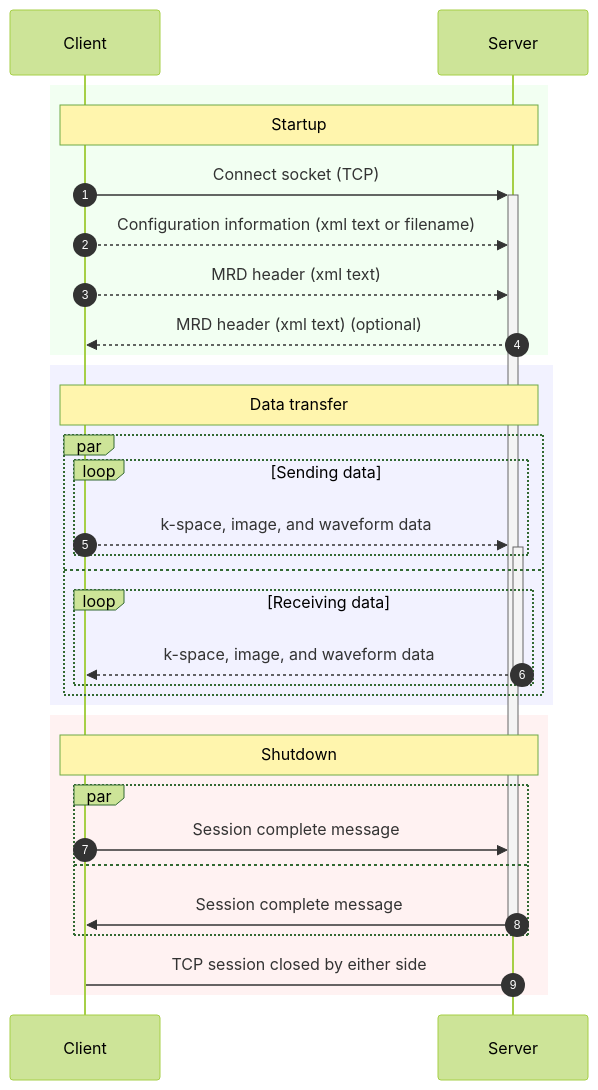
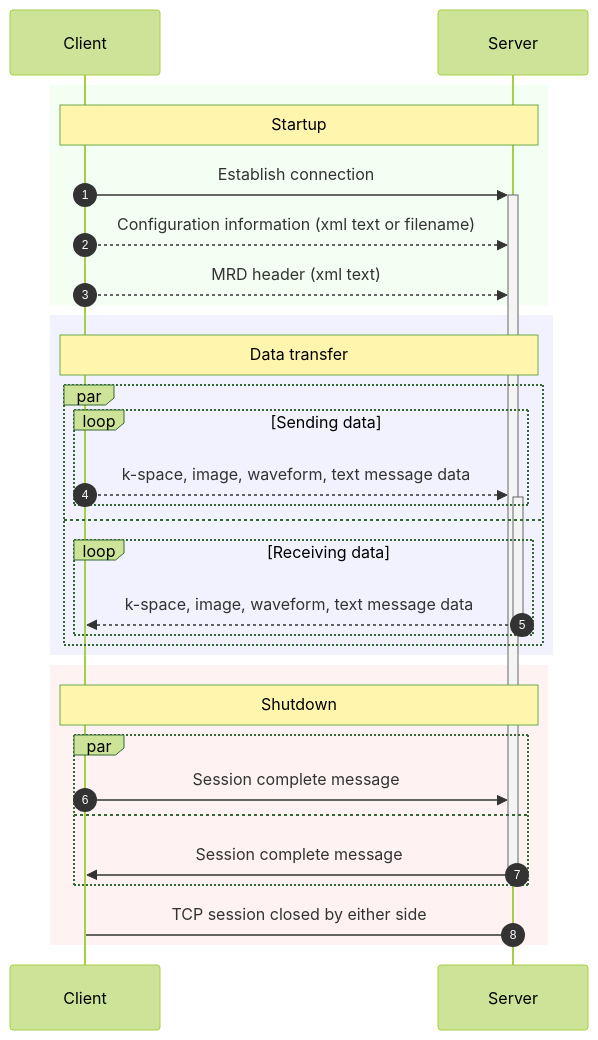
The diagram in doc/mrd_streaming_protocol.md (ismrmrd/ismrmrd), drawn with Mermaid (forest theme) before and after one commit. The commit also changed other lines of this file, not shown here.

Commit message:
Update streaming protocol to remove config echoing and make numbering consistent with diagram

````diff
--- a/doc/mrd_streaming_protocol.md
+++ b/doc/mrd_streaming_protocol.md
@@ -20,35 +18,34 @@
 ```{mermaid}
 
 sequenceDiagram
     autonumber
     rect rgba(0, 255, 0, 0.05)
         Note over Client,Server: Startup
-        Client->>+Server: Connect socket (TCP)
+        Client->>+Server: Establish connection
         Client-->>Server: Configuration information (xml text or filename)
         Client-->>Server: MRD header (xml text)
-        Server-->>Client: MRD header (xml text) (optional)
     end
 
     rect rgba(0, 0, 255, 0.05)
         Note over Client,Server: Data transfer
         par
             loop Sending data
-                Client-->>+Server: k-space, image, and waveform data
+                Client-->>+Server: k-space, image, waveform, text message data
             end
         and
             loop Receiving data
-                Server-->>-Client: k-space, image, and waveform data
+                Server-->>-Client: k-space, image, waveform, text message data
             end
         end
     end
 
     rect rgba(255, 0, 0, 0.05)
         Note over Client,Server: Shutdown
         par
             Client->>Server: Session complete message
         and
             Server->>-Client: Session complete message
         end
         Server->Client: TCP session closed by either side
     end
 ```
````
